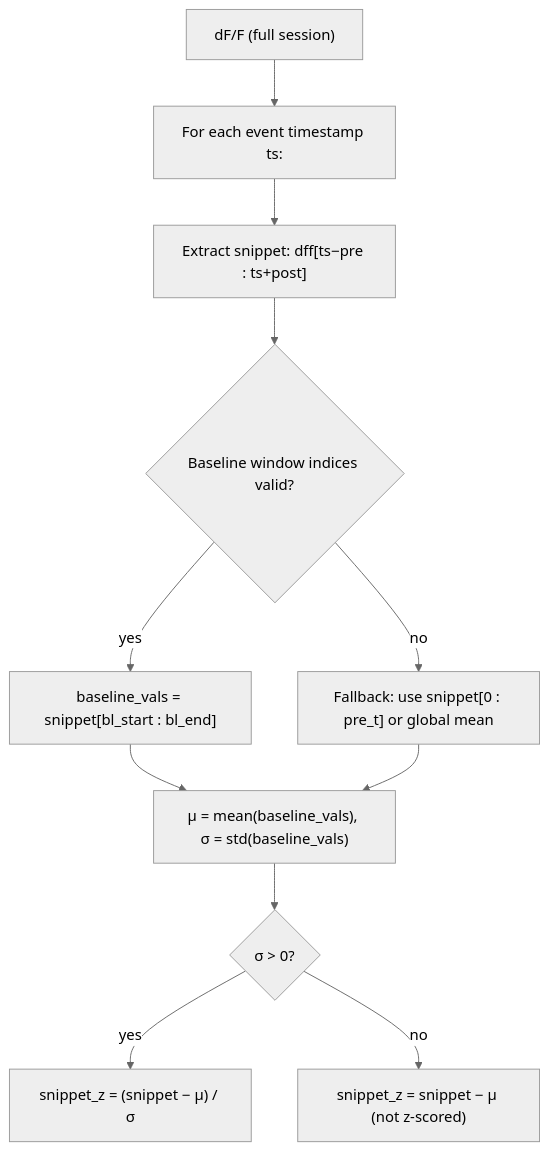
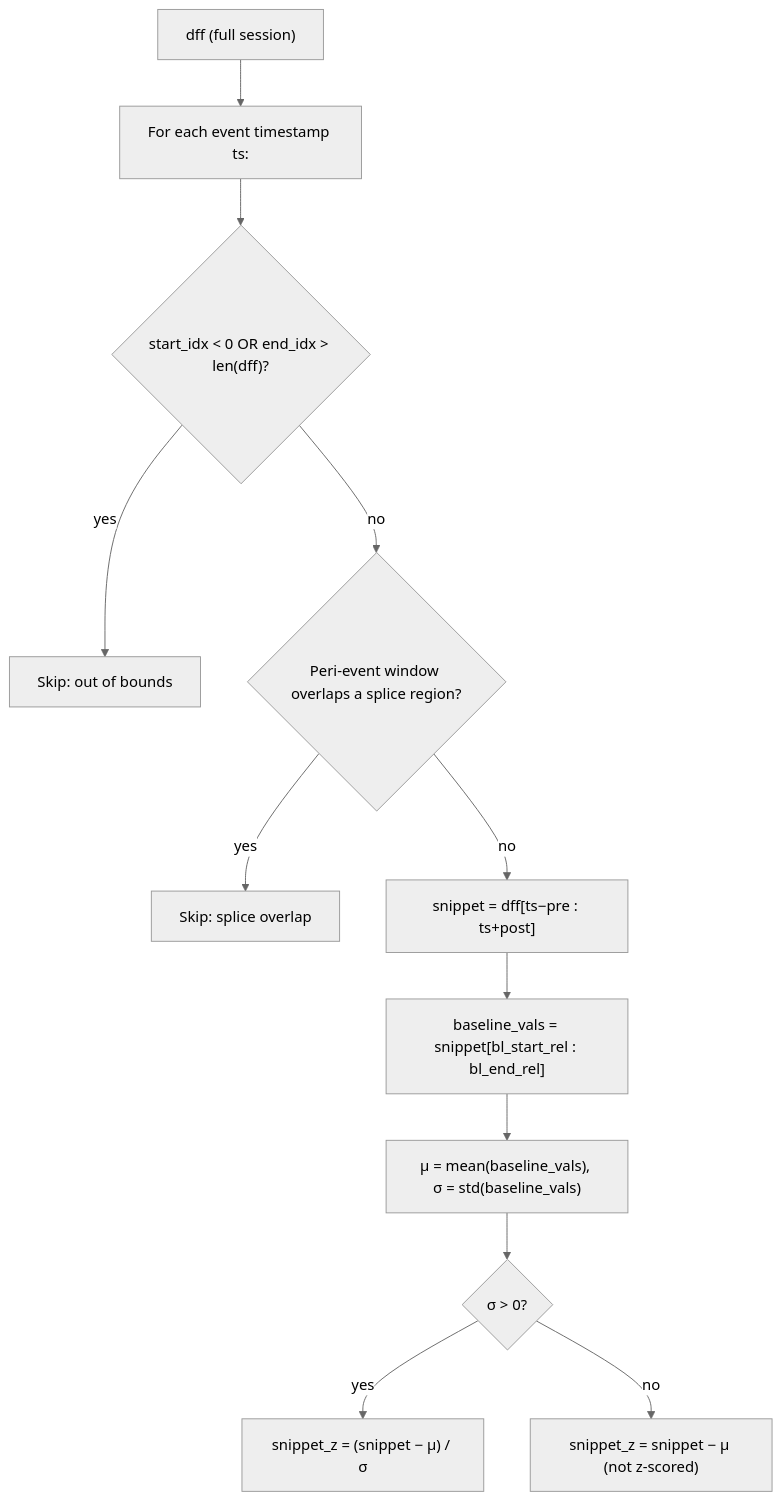
One commit to ParekhLabUTD/fiberGrapher changed the ninth of 14 diagrams in data_processing audit.md. Above: the diagram before and after it, drawn with Mermaid (neutral theme). The commit also changed other lines of this file and 1 other file, not shown here.

````diff
--- a/data_processing audit.md
+++ b/data_processing audit.md
@@ -19,13 +184,14 @@
 ```mermaid
 graph TD
-    G["dF/F (full session)"] --> H["For each event timestamp ts:"]
-    H --> I["Extract snippet: dff[ts−pre : ts+post]"]
-    I --> J{"Baseline window indices valid?"}
-    J -->|yes| K["baseline_vals = snippet[bl_start : bl_end]"]
-    J -->|no| K2["Fallback: use snippet[0 : pre_t] or global mean"]
-    K --> L["μ = mean(baseline_vals), σ = std(baseline_vals)"]
-    L --> M{"σ > 0?"}
-    M -->|yes| N["snippet_z = (snippet − μ) / σ"]
-    M -->|no| N2["snippet_z = snippet − μ (not z-scored)"]
-    K2 --> L
+    N["dff (full session)"] --> O["For each event timestamp ts:"]
+    O --> P{"start_idx < 0 OR end_idx > len(dff)?"}
+    P -->|yes| SKIP1["Skip: out of bounds"]
+    P -->|no| Q{"Peri-event window overlaps a splice region?"}
+    Q -->|yes| SKIP2["Skip: splice overlap"]
+    Q -->|no| R["snippet = dff[ts−pre : ts+post]"]
+    R --> S["baseline_vals = snippet[bl_start_rel : bl_end_rel]"]
+    S --> T["μ = mean(baseline_vals), σ = std(baseline_vals)"]
+    T --> U{"σ > 0?"}
+    U -->|yes| V["snippet_z = (snippet − μ) / σ"]
+    U -->|no| V2["snippet_z = snippet − μ (not z-scored)"]
 ```
````
